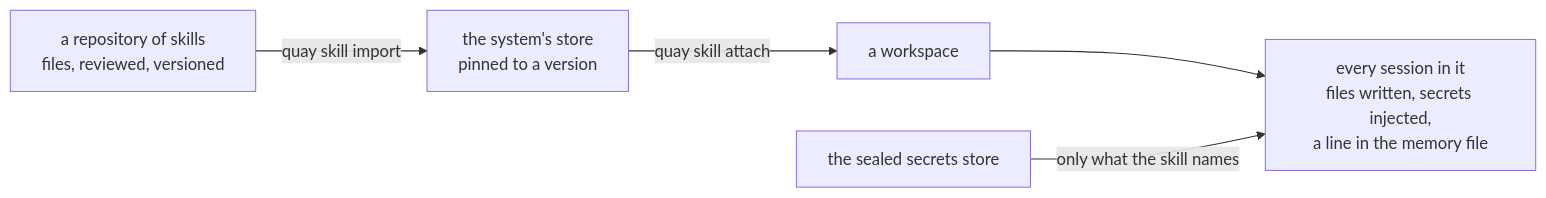
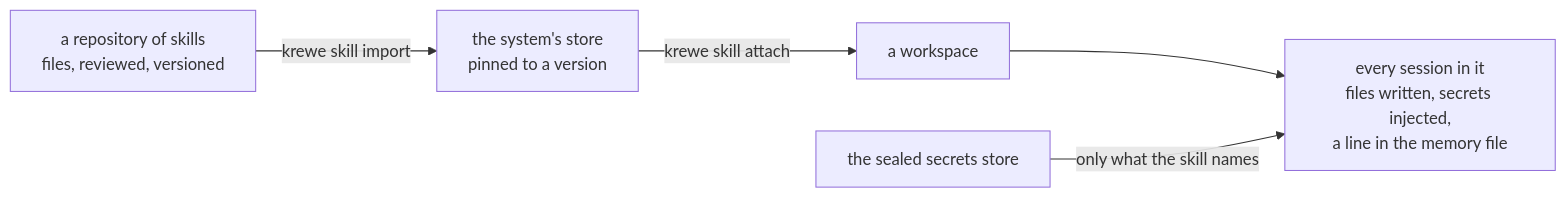
One commit to atlantic-blue/quay-crew changed the diagram in docs/SKILLS.md. Above: the diagram before and after it, drawn with Mermaid. The commit also changed other lines of this file and 27 other files, not shown here.

````diff
--- a/docs/SKILLS.md
+++ b/docs/SKILLS.md
@@ -39,7 +39,7 @@
 ```mermaid
 flowchart LR
-    A["a repository of skills<br/>files, reviewed, versioned"] -->|"quay skill import"| B["the system's store<br/>pinned to a version"]
-    B -->|"quay skill attach"| C["a workspace"]
+    A["a repository of skills<br/>files, reviewed, versioned"] -->|"krewe skill import"| B["the system's store<br/>pinned to a version"]
+    B -->|"krewe skill attach"| C["a workspace"]
     C --> D["every session in it<br/>files written, secrets injected,<br/>a line in the memory file"]
     E["the sealed secrets store"] -->|"only what the skill names"| D
 ```
````
